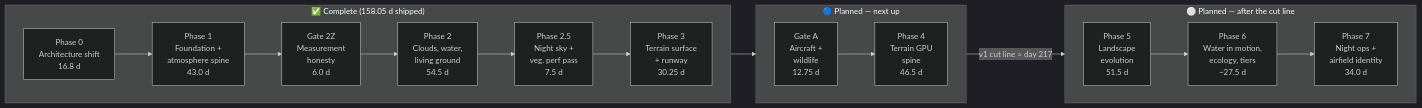
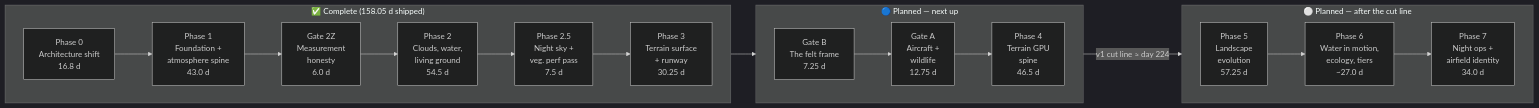
Before and after one commit to jazonshou/fly-high: the first of 2 diagrams in PROJECT_OVERVIEW.md, drawn with Mermaid (dark theme). The commit also changed other lines of this file, not shown here.

Commit message:
Update Project overview for phase 3.5

````diff
--- a/PROJECT_OVERVIEW.md
+++ b/PROJECT_OVERVIEW.md
@@ -41,22 +41,23 @@
 ```mermaid
 flowchart LR
     subgraph done["✅ Complete (158.05 d shipped)"]
         direction LR
         P0["Phase 0<br/>Architecture shift<br/>16.8 d"] --> P1["Phase 1<br/>Foundation +<br/>atmosphere spine<br/>43.0 d"]
         P1 --> G2Z["Gate 2Z<br/>Measurement<br/>honesty<br/>6.0 d"]
         G2Z --> P2["Phase 2<br/>Clouds, water,<br/>living ground<br/>54.5 d"]
         P2 --> P25["Phase 2.5<br/>Night sky +<br/>veg. perf pass<br/>7.5 d"]
         P25 --> P3["Phase 3<br/>Terrain surface<br/>+ runway<br/>30.25 d"]
     end
     subgraph next["🔵 Planned — next up"]
         direction LR
-        GA["Gate A<br/>Aircraft +<br/>wildlife<br/>12.75 d"] --> P4["Phase 4<br/>Terrain GPU<br/>spine<br/>46.5 d"]
+        GB["Gate B<br/>The felt frame<br/>7.25 d"] --> GA["Gate A<br/>Aircraft +<br/>wildlife<br/>12.75 d"]
+        GA --> P4["Phase 4<br/>Terrain GPU<br/>spine<br/>46.5 d"]
     end
     subgraph later["⚪ Planned — after the cut line"]
         direction LR
-        P5["Phase 5<br/>Landscape<br/>evolution<br/>51.5 d"] --> P6["Phase 6<br/>Water in motion,<br/>ecology, tiers<br/>~27.5 d"]
+        P5["Phase 5<br/>Landscape<br/>evolution<br/>57.25 d"] --> P6["Phase 6<br/>Water in motion,<br/>ecology, tiers<br/>~27.0 d"]
         P6 --> P7["Phase 7<br/>Night ops +<br/>airfield identity<br/>34.0 d"]
     end
-    P3 --> GA
-    P4 -->|"v1 cut line ≈ day 217"| P5
+    P3 --> GB
+    P4 -->|"v1 cut line ≈ day 224"| P5
 ```
````
